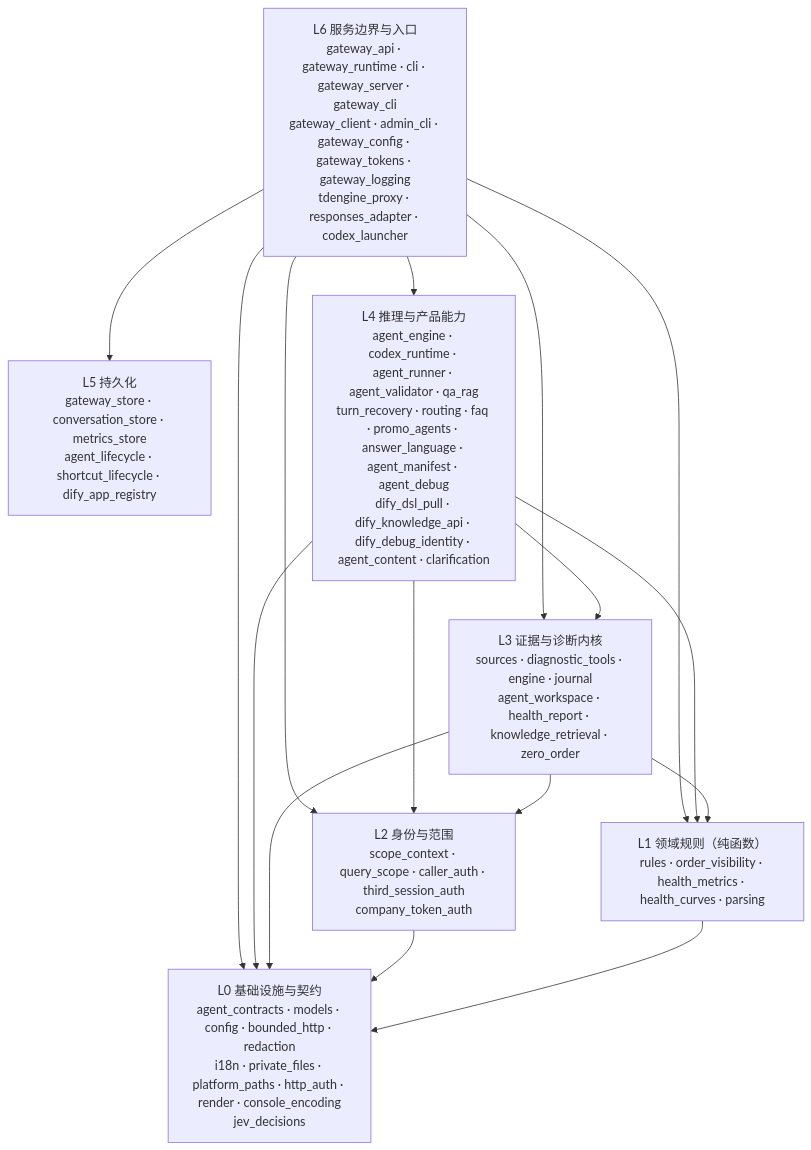
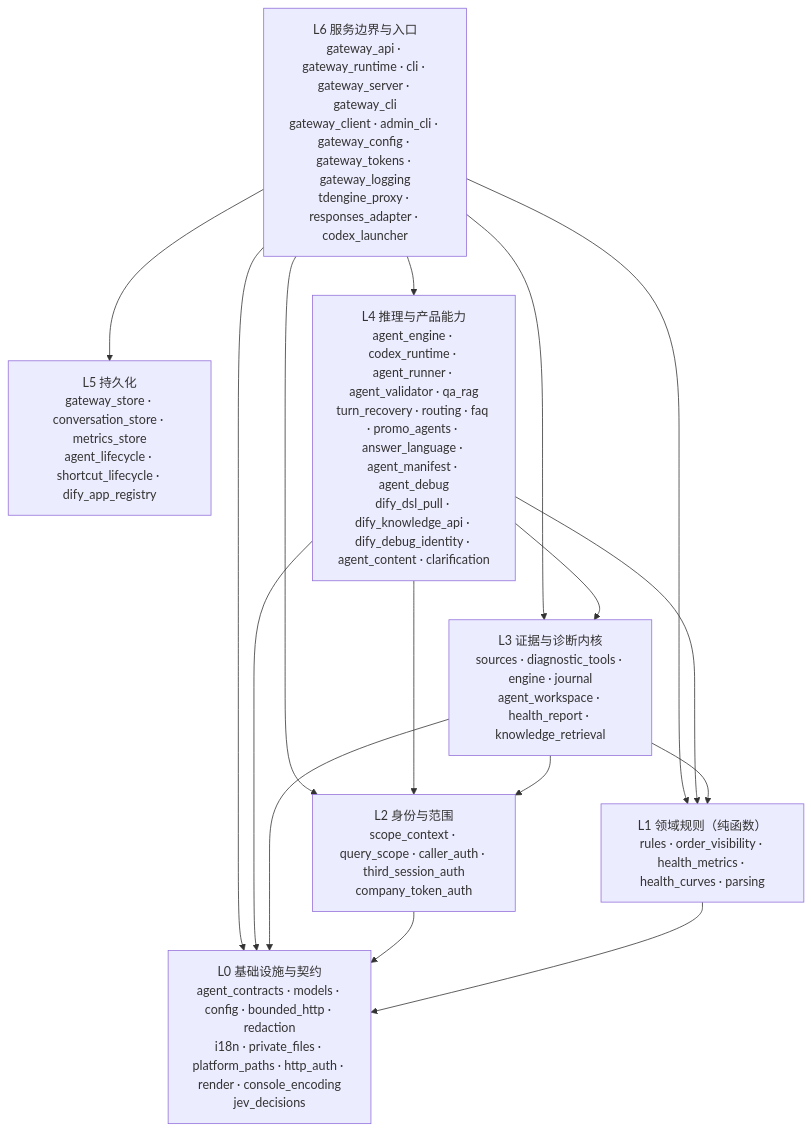
The diagram in README.md (kilbertert/AI-Ops), drawn with Mermaid before and after one commit. The commit also changed other lines of this file and 20 other files, not shown here.

````diff
--- a/README.md
+++ b/README.md
@@ -183,26 +183,26 @@
 ```mermaid
 flowchart TB
     L6["L6 服务边界与入口<br/>gateway_api · gateway_runtime · cli · gateway_server · gateway_cli<br/>gateway_client · admin_cli · gateway_config · gateway_tokens · gateway_logging<br/>tdengine_proxy · responses_adapter · codex_launcher"]
     L5["L5 持久化<br/>gateway_store · conversation_store · metrics_store<br/>agent_lifecycle · shortcut_lifecycle · dify_app_registry"]
     L4["L4 推理与产品能力<br/>agent_engine · codex_runtime · agent_runner · agent_validator · qa_rag<br/>turn_recovery · routing · faq · promo_agents · answer_language · agent_manifest · agent_debug<br/>dify_dsl_pull · dify_knowledge_api · dify_debug_identity · agent_content · clarification"]
-    L3["L3 证据与诊断内核<br/>sources · diagnostic_tools · engine · journal<br/>agent_workspace · health_report · knowledge_retrieval · zero_order"]
+    L3["L3 证据与诊断内核<br/>sources · diagnostic_tools · engine · journal<br/>agent_workspace · health_report · knowledge_retrieval"]
     L2["L2 身份与范围<br/>scope_context · query_scope · caller_auth · third_session_auth<br/>company_token_auth"]
     L1["L1 领域规则（纯函数）<br/>rules · order_visibility · health_metrics · health_curves · parsing"]
     L0["L0 基础设施与契约<br/>agent_contracts · models · config · bounded_http · redaction<br/>i18n · private_files · platform_paths · http_auth · render · console_encoding<br/>jev_decisions"]
 
     L6 --> L5
     L6 --> L4
     L6 --> L3
     L6 --> L2
     L6 --> L1
     L6 --> L0
     L4 --> L3
     L4 --> L2
     L4 --> L1
     L4 --> L0
     L3 --> L2
     L3 --> L1
     L3 --> L0
     L2 --> L0
     L1 --> L0
 ```
````
